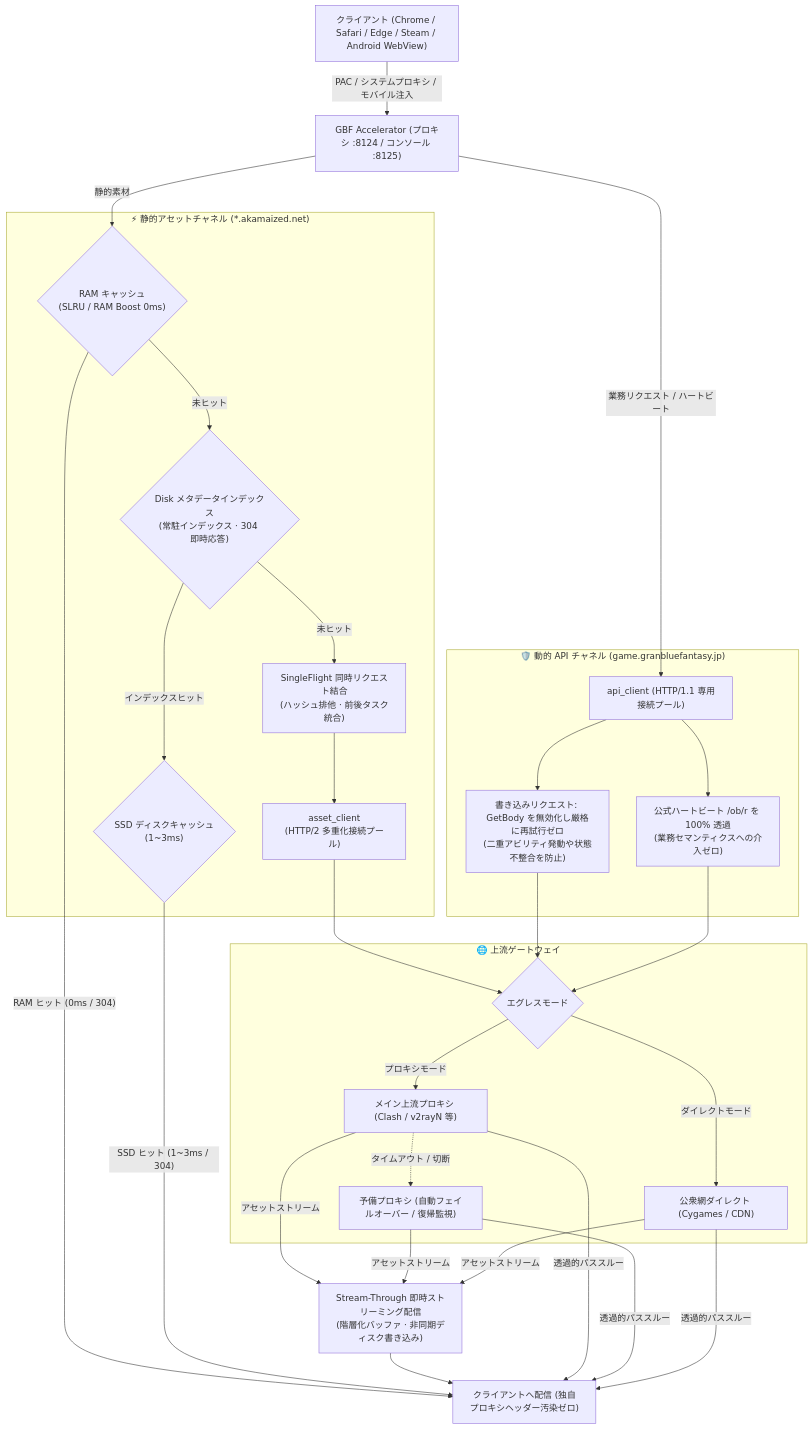
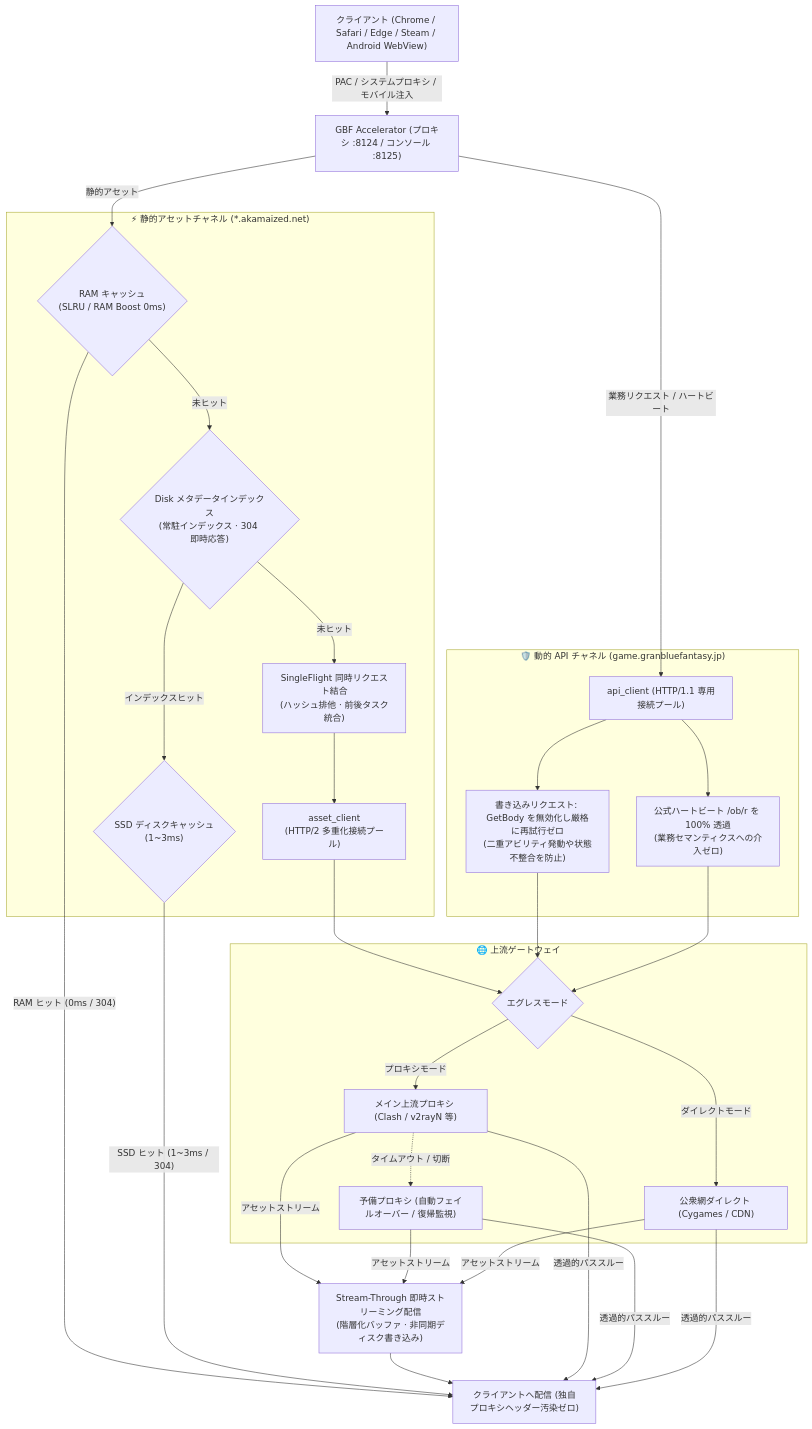
Before and after one commit to Sagisawa/GBF-Accelerator: the diagram in README.ja.md, drawn with Mermaid. The commit also changed other lines of this file and 9 other files, not shown here.

````diff
--- a/README.ja.md
+++ b/README.ja.md
@@ -56,59 +56,59 @@
 ```mermaid
 flowchart TD
     Client["クライアント (Chrome / Safari / Edge / Steam / Android WebView)"]
     Proxy["GBF Accelerator (プロキシ :8124 / コンソール :8125)"]
 
     Client -->|"PAC / システムプロキシ / モバイル注入"| Proxy
 
     subgraph AssetChannel ["⚡ 静的アセットチャネル (*.akamaized.net)"]
         RAMCheck{"RAM キャッシュ<br/>(SLRU / RAM Boost 0ms)"}
         DiskMeta{"Disk メタデータインデックス<br/>(常駐インデックス · 304 即時応答)"}
         DiskCheck{"SSD ディスクキャッシュ<br/>(1~3ms)"}
         SingleFlight["SingleFlight 同時リクエスト結合<br/>(ハッシュ排他 · 前後タスク統合)"]
         AssetClient["asset_client<br/>(HTTP/2 多重化接続プール)"]
 
         RAMCheck -->|"未ヒット"| DiskMeta
         DiskMeta -->|"インデックスヒット"| DiskCheck
         DiskMeta -->|"未ヒット"| SingleFlight
         SingleFlight --> AssetClient
     end
 
     subgraph APIChannel ["🛡️ 動的 API チャネル (game.granbluefantasy.jp)"]
         APIClient["api_client (HTTP/1.1 専用接続プール)"]
         ZeroRetry["書き込みリクエスト: GetBody を無効化し厳格に再試行ゼロ<br/>(二重アビリティ発動や状態不整合を防止)"]
         Heartbeat["公式ハートビート /ob/r を 100% 透過<br/>(業務セマンティクスへの介入ゼロ)"]
 
         APIClient --> ZeroRetry
         APIClient --> Heartbeat
     end
 
     subgraph UpstreamGateway ["🌐 上流ゲートウェイ"]
         UpstreamMode{"エグレスモード"}
         UpstreamProxy["メイン上流プロキシ (Clash / v2rayN 等)"]
         FailoverProxy["予備プロキシ (自動フェイルオーバー / 復帰監視)"]
         DirectNet["公衆網ダイレクト (Cygames / CDN)"]
 
         UpstreamMode -->|"プロキシモード"| UpstreamProxy
         UpstreamProxy -.->|"タイムアウト / 切断"| FailoverProxy
         UpstreamMode -->|"ダイレクトモード"| DirectNet
     end
 
-    Proxy -->|"静的素材"| RAMCheck
+    Proxy -->|"静的アセット"| RAMCheck
     Proxy -->|"業務リクエスト / ハートビート"| APIClient
 
     AssetClient --> UpstreamMode
     ZeroRetry --> UpstreamMode
     Heartbeat --> UpstreamMode
 
     UpstreamProxy -->|"アセットストリーム"| StreamThrough["Stream-Through 即時ストリーミング配信<br/>(階層化バッファ · 非同期ディスク書き込み)"]
     FailoverProxy -->|"アセットストリーム"| StreamThrough
     DirectNet -->|"アセットストリーム"| StreamThrough
 
     RAMCheck -->|"RAM ヒット (0ms / 304)"| Deliver["クライアントへ配信 (独自プロキシヘッダー汚染ゼロ)"]
     DiskCheck -->|"SSD ヒット (1~3ms / 304)"| Deliver
     StreamThrough --> Deliver
 
     UpstreamProxy -->|"透過的パススルー"| Deliver
     FailoverProxy -->|"透過的パススルー"| Deliver
     DirectNet -->|"透過的パススルー"| Deliver
 ```
````
